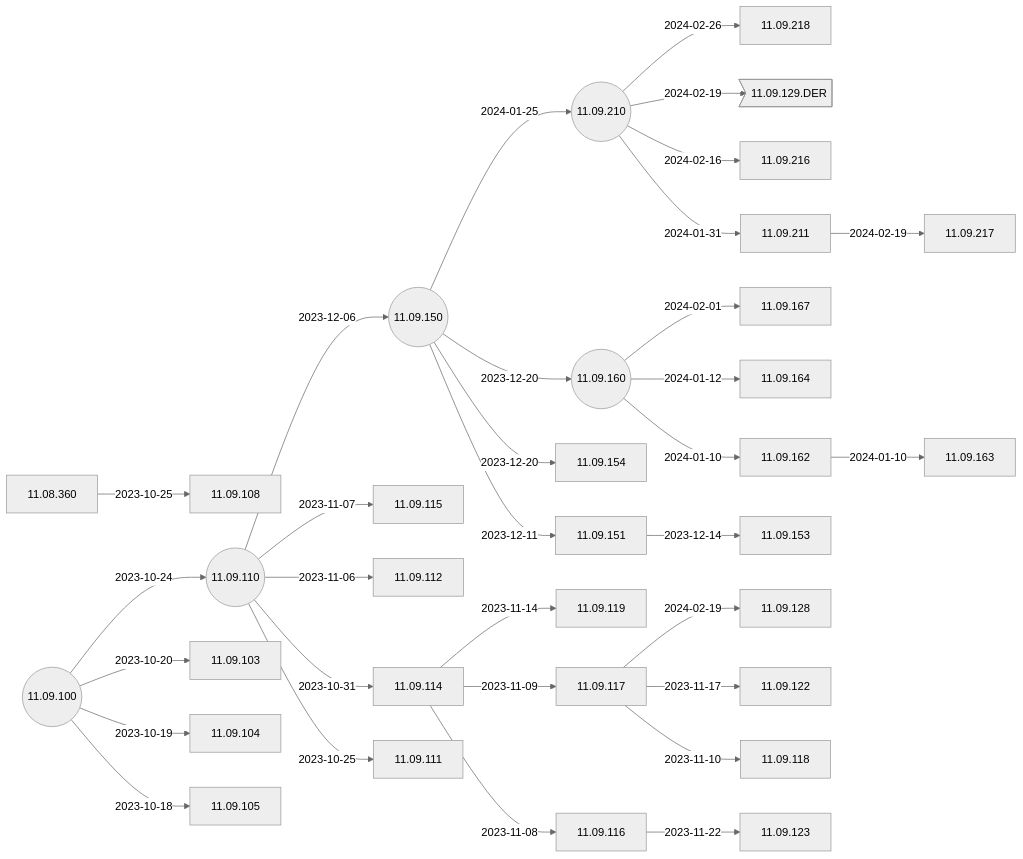
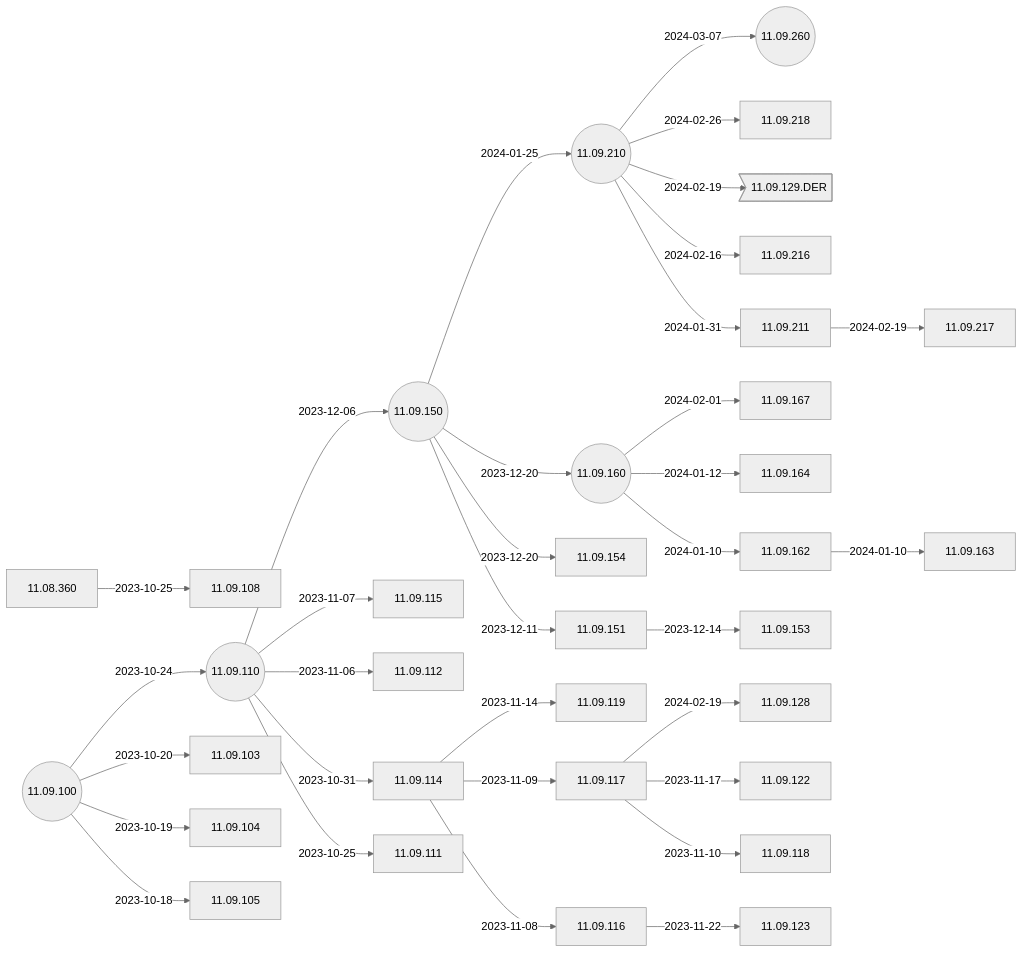
One commit to IGEL-Community/IGEL-Docs-v02 changed the second of 5 diagrams in docs/Docs/ReleaseNotes/01-OS11/README.md. Above: the diagram before and after it, drawn with Mermaid (neutral theme). The commit also changed 7 other files, not shown here.

````diff
--- a/docs/Docs/ReleaseNotes/01-OS11/README.md
+++ b/docs/Docs/ReleaseNotes/01-OS11/README.md
@@ -41,67 +41,69 @@
 ```mermaid
 flowchart LR
+    11.09.210-- 2024-03-07 -->11.09.260((11.09.260))
     11.09.210-- 2024-02-26 -->11.09.218
     11.09.210-- 2024-02-19 -->11.09.129.DER>11.09.129.DER]
     11.09.211-- 2024-02-19 -->11.09.217
     11.09.117-- 2024-02-19 -->11.09.128
     11.09.210-- 2024-02-16 -->11.09.216
     11.09.160-- 2024-02-01 -->11.09.167
     11.09.210-- 2024-01-31 -->11.09.211
     11.09.150-- 2024-01-25 -->11.09.210((11.09.210))
     11.09.162-- 2024-01-10 -->11.09.163
     11.09.160-- 2024-01-12 -->11.09.164
     11.09.160-- 2024-01-10 -->11.09.162
     11.09.150-- 2023-12-20 -->11.09.160((11.09.160))
     11.09.150-- 2023-12-20 -->11.09.154
     11.09.151-- 2023-12-14 -->11.09.153
     11.09.150-- 2023-12-11 -->11.09.151
     11.09.110-- 2023-12-06 -->11.09.150((11.09.150))
     11.09.116-- 2023-11-22 -->11.09.123
     11.09.117-- 2023-11-17 -->11.09.122
     11.09.114-- 2023-11-14 -->11.09.119
     11.09.117-- 2023-11-10 -->11.09.118
     11.09.114-- 2023-11-09 -->11.09.117
     11.09.114-- 2023-11-08 -->11.09.116
     11.09.110-- 2023-11-07 -->11.09.115
     11.09.110-- 2023-11-06 -->11.09.112
     11.09.110-- 2023-10-31 -->11.09.114
     11.08.360-- 2023-10-25 -->11.09.108
     11.09.110-- 2023-10-25 -->11.09.111
     11.09.100-- 2023-10-24 -->11.09.110((11.09.110))
     11.09.100-- 2023-10-20 -->11.09.103
     11.09.100-- 2023-10-19 -->11.09.104
     11.09.100-- 2023-10-18 -->11.09.105
     11.09.100((11.09.100))
+    click 11.09.260 "https://github.com/IGEL-Community/IGEL-Docs-v02/tree/main/docs/Docs/ReleaseNotes/01-OS11/readme11.09.260.txt" _blank
     click 11.09.218 "https://github.com/IGEL-Community/IGEL-Docs-v02/tree/main/docs/Docs/ReleaseNotes/01-OS11/readme11.09.218.txt" _blank
     click 11.09.129.DER "https://github.com/IGEL-Community/IGEL-Docs-v02/tree/main/docs/Docs/ReleaseNotes/01-OS11/readme11.09.129.DER.txt" _blank
     click 11.09.217 "https://github.com/IGEL-Community/IGEL-Docs-v02/tree/main/docs/Docs/ReleaseNotes/01-OS11/readme11.09.217.txt" _blank
     click 11.09.128 "https://github.com/IGEL-Community/IGEL-Docs-v02/tree/main/docs/Docs/ReleaseNotes/01-OS11/readme11.09.128.txt" _blank
     click 11.09.216 "https://github.com/IGEL-Community/IGEL-Docs-v02/tree/main/docs/Docs/ReleaseNotes/01-OS11/readme11.09.216.txt" _blank
     click 11.09.167 "https://github.com/IGEL-Community/IGEL-Docs-v02/tree/main/docs/Docs/ReleaseNotes/01-OS11/readme11.09.167.txt" _blank
     click 11.09.211 "https://github.com/IGEL-Community/IGEL-Docs-v02/tree/main/docs/Docs/ReleaseNotes/01-OS11/readme11.09.211.txt" _blank
     click 11.09.210 "https://github.com/IGEL-Community/IGEL-Docs-v02/tree/main/docs/Docs/ReleaseNotes/01-OS11/readme11.09.210.txt" _blank
     click 11.09.163 "https://github.com/IGEL-Community/IGEL-Docs-v02/tree/main/docs/Docs/ReleaseNotes/01-OS11/readme11.09.163.txt" _blank
     click 11.09.164 "https://github.com/IGEL-Community/IGEL-Docs-v02/tree/main/docs/Docs/ReleaseNotes/01-OS11/readme11.09.164.txt" _blank
     click 11.09.162 "https://github.com/IGEL-Community/IGEL-Docs-v02/tree/main/docs/Docs/ReleaseNotes/01-OS11/readme11.09.162.txt" _blank
     click 11.09.160 "https://github.com/IGEL-Community/IGEL-Docs-v02/tree/main/docs/Docs/ReleaseNotes/01-OS11/readme11.09.160.txt" _blank
     click 11.09.154 "https://github.com/IGEL-Community/IGEL-Docs-v02/tree/main/docs/Docs/ReleaseNotes/01-OS11/readme11.09.154.txt" _blank
     click 11.09.153 "https://github.com/IGEL-Community/IGEL-Docs-v02/tree/main/docs/Docs/ReleaseNotes/01-OS11/readme11.09.153.txt" _blank
     click 11.09.151 "https://github.com/IGEL-Community/IGEL-Docs-v02/tree/main/docs/Docs/ReleaseNotes/01-OS11/readme11.09.151.txt" _blank
     click 11.09.150 "https://github.com/IGEL-Community/IGEL-Docs-v02/tree/main/docs/Docs/ReleaseNotes/01-OS11/readme11.09.150.txt" _blank
     click 11.09.123 "https://github.com/IGEL-Community/IGEL-Docs-v02/tree/main/docs/Docs/ReleaseNotes/01-OS11/readme11.09.123.txt" _blank
     click 11.09.122 "https://github.com/IGEL-Community/IGEL-Docs-v02/tree/main/docs/Docs/ReleaseNotes/01-OS11/readme11.09.122.txt" _blank
     click 11.09.119 "https://github.com/IGEL-Community/IGEL-Docs-v02/tree/main/docs/Docs/ReleaseNotes/01-OS11/readme11.09.119.txt" _blank
     click 11.09.118 "https://github.com/IGEL-Community/IGEL-Docs-v02/tree/main/docs/Docs/ReleaseNotes/01-OS11/readme11.09.118.txt" _blank
     click 11.09.117 "https://github.com/IGEL-Community/IGEL-Docs-v02/tree/main/docs/Docs/ReleaseNotes/01-OS11/readme11.09.117.txt" _blank
     click 11.09.116 "https://github.com/IGEL-Community/IGEL-Docs-v02/tree/main/docs/Docs/ReleaseNotes/01-OS11/readme11.09.116.txt" _blank
     click 11.09.115 "https://github.com/IGEL-Community/IGEL-Docs-v02/tree/main/docs/Docs/ReleaseNotes/01-OS11/readme11.09.115.txt" _blank
     click 11.09.112 "https://github.com/IGEL-Community/IGEL-Docs-v02/tree/main/docs/Docs/ReleaseNotes/01-OS11/readme11.09.112.txt" _blank
     click 11.09.114 "https://github.com/IGEL-Community/IGEL-Docs-v02/tree/main/docs/Docs/ReleaseNotes/01-OS11/readme11.09.114.txt" _blank
     click 11.09.108 "https://github.com/IGEL-Community/IGEL-Docs-v02/tree/main/docs/Docs/ReleaseNotes/01-OS11/readme11.09.108.txt" _blank
     click 11.09.111 "https://github.com/IGEL-Community/IGEL-Docs-v02/tree/main/docs/Docs/ReleaseNotes/01-OS11/readme11.09.111.txt" _blank
     click 11.09.110 "https://github.com/IGEL-Community/IGEL-Docs-v02/tree/main/docs/Docs/ReleaseNotes/01-OS11/readme11.09.110.txt" _blank
     click 11.09.103 "https://github.com/IGEL-Community/IGEL-Docs-v02/tree/main/docs/Docs/ReleaseNotes/01-OS11/readme11.09.103.txt" _blank
     click 11.09.104 "https://github.com/IGEL-Community/IGEL-Docs-v02/tree/main/docs/Docs/ReleaseNotes/01-OS11/readme11.09.104.txt" _blank
     click 11.09.105 "https://github.com/IGEL-Community/IGEL-Docs-v02/tree/main/docs/Docs/ReleaseNotes/01-OS11/readme11.09.105.txt" _blank
     click 11.09.100 "https://github.com/IGEL-Community/IGEL-Docs-v02/tree/main/docs/Docs/ReleaseNotes/01-OS11/readme11.09.100.txt" _blank
 ```
````
